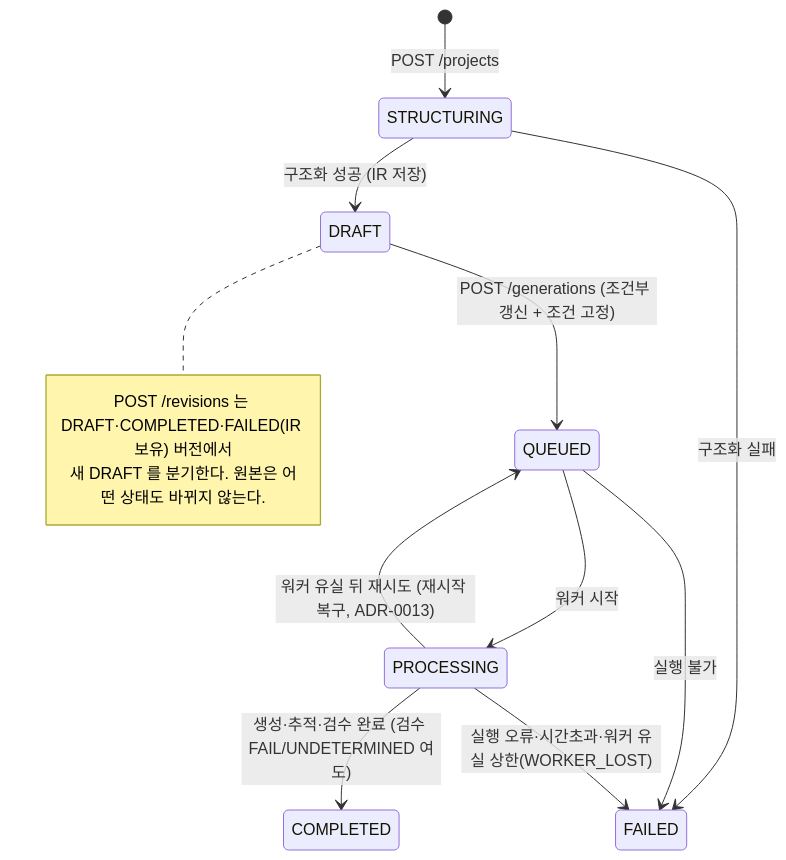
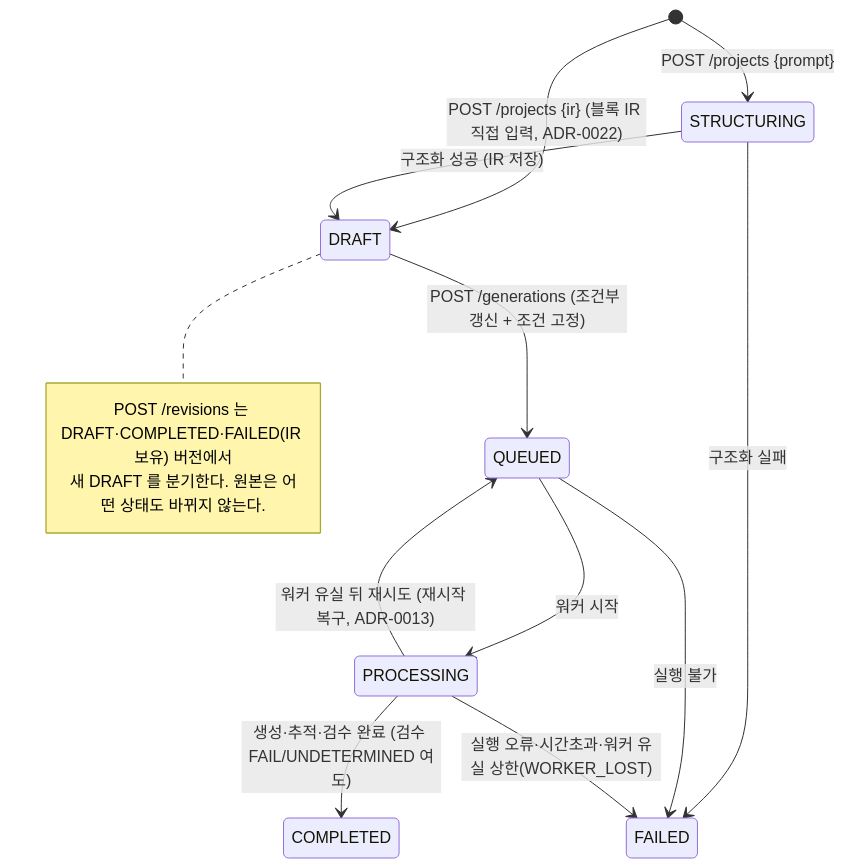
Before and after one commit to sw1029/project_videoManager: the third of 3 diagrams in docs/ARCHITECTURE.md, drawn with Mermaid. The commit also changed other lines of this file and 3 other files, not shown here.

First line of the commit message:
docs: ADR-0022 — IR 직접 입력·DRAFT IR 수정과 객체의 표시 이름 (#10 #11)

````diff
--- a/docs/ARCHITECTURE.md
+++ b/docs/ARCHITECTURE.md
@@ -137,16 +137,17 @@
 ```mermaid
 stateDiagram-v2
-  [*] --> STRUCTURING : POST /projects
+  [*] --> STRUCTURING : POST /projects {prompt}
+  [*] --> DRAFT : POST /projects {ir} (블록 IR 직접 입력, ADR-0022)
   STRUCTURING --> DRAFT : 구조화 성공 (IR 저장)
   STRUCTURING --> FAILED : 구조화 실패
   DRAFT --> QUEUED : POST /generations (조건부 갱신 + 조건 고정)
   QUEUED --> PROCESSING : 워커 시작
   QUEUED --> FAILED : 실행 불가
   PROCESSING --> COMPLETED : 생성·추적·검수 완료 (검수 FAIL/UNDETERMINED 여도)
   PROCESSING --> FAILED : 실행 오류·시간초과·워커 유실 상한(WORKER_LOST)
   PROCESSING --> QUEUED : 워커 유실 뒤 재시도 (재시작 복구, ADR-0013)
   note right of DRAFT
     POST /revisions 는 DRAFT·COMPLETED·FAILED(IR 보유) 버전에서
     새 DRAFT 를 분기한다. 원본은 어떤 상태도 바뀌지 않는다.
   end note
 ```
````
